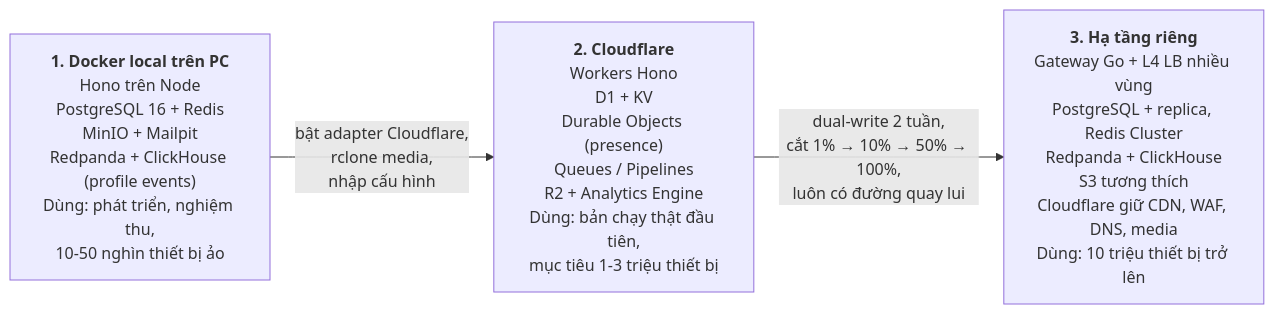
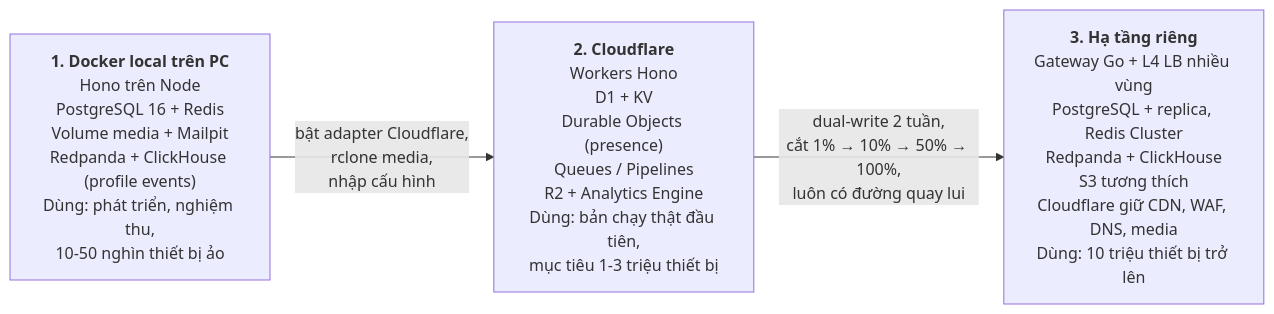
One commit to huonggiangs/AMS-shorf changed the diagram in docs/diagrams/deployment.mmd. Above: the diagram before and after it, drawn with Mermaid. The commit also changed 19 other files, not shown here.

First line of the commit message:
wip(w6): drop MinIO from docker stack, fs storage routes, docs/scripts updates

```diff
--- a/docs/diagrams/deployment.mmd
+++ b/docs/diagrams/deployment.mmd
@@ -1,6 +1,6 @@
 flowchart LR
-  L["<b>1. Docker local trên PC</b><br/>Hono trên Node<br/>PostgreSQL 16 + Redis<br/>MinIO + Mailpit<br/>Redpanda + ClickHouse (profile events)<br/>Dùng: phát triển, nghiệm thu,<br/>10-50 nghìn thiết bị ảo"]
+  L["<b>1. Docker local trên PC</b><br/>Hono trên Node<br/>PostgreSQL 16 + Redis<br/>Volume media + Mailpit<br/>Redpanda + ClickHouse (profile events)<br/>Dùng: phát triển, nghiệm thu,<br/>10-50 nghìn thiết bị ảo"]
   C["<b>2. Cloudflare</b><br/>Workers Hono<br/>D1 + KV<br/>Durable Objects (presence)<br/>Queues / Pipelines<br/>R2 + Analytics Engine<br/>Dùng: bản chạy thật đầu tiên,<br/>mục tiêu 1-3 triệu thiết bị"]
   K["<b>3. Hạ tầng riêng</b><br/>Gateway Go + L4 LB nhiều vùng<br/>PostgreSQL + replica, Redis Cluster<br/>Redpanda + ClickHouse<br/>S3 tương thích<br/>Cloudflare giữ CDN, WAF, DNS, media<br/>Dùng: 10 triệu thiết bị trở lên"]
   L -- "bật adapter Cloudflare,<br/>rclone media,<br/>nhập cấu hình" --> C
   C -- "dual-write 2 tuần,<br/>cắt 1% → 10% → 50% → 100%,<br/>luôn có đường quay lui" --> K
```
